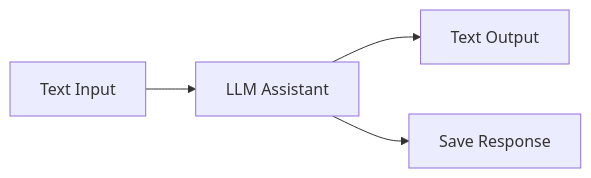
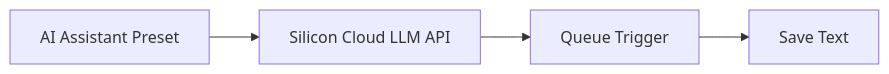
Before and after one commit to axunrun/Axun_Nodes: the first of 6 diagrams in README.md, drawn with Mermaid. The commit also changed other lines of this file and 22 other files, not shown here.

````diff
--- a/README.md
+++ b/README.md
@@ -375,6 +427,6 @@
 ```mermaid
 graph LR
-    A[Text Input] --> B[LLM Assistant]
-    B --> C[Text Output]
-    B --> D[Save Response]
+    A[AI Assistant Preset] --> B[Silicon Cloud LLM API]
+    B --> C[Queue Trigger]
+    C --> D[Save Text]
 ```
````
